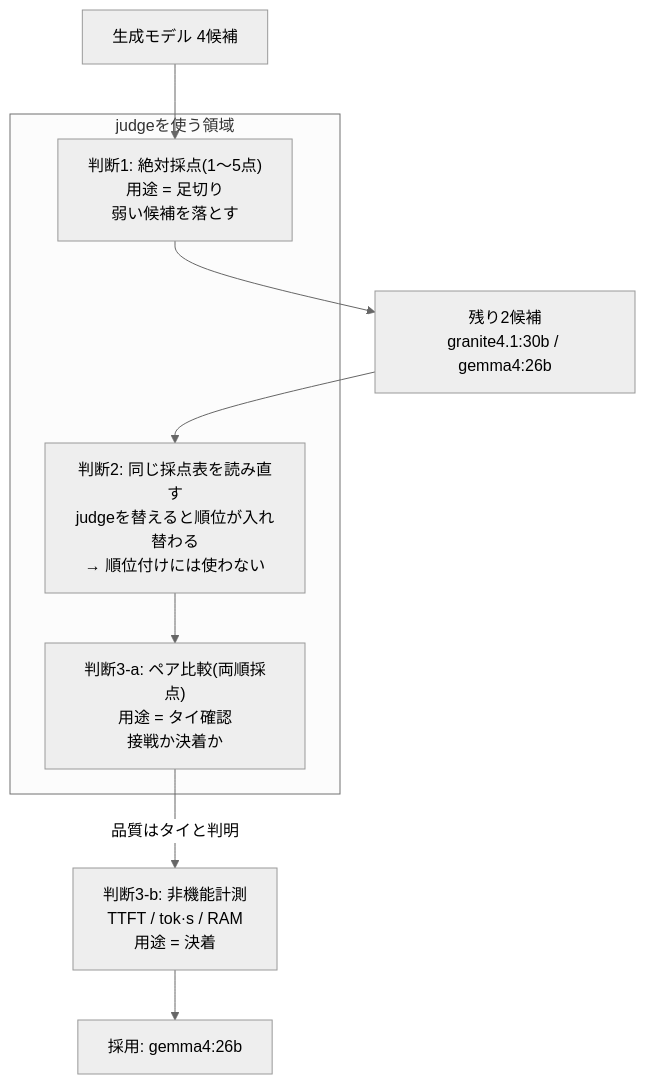
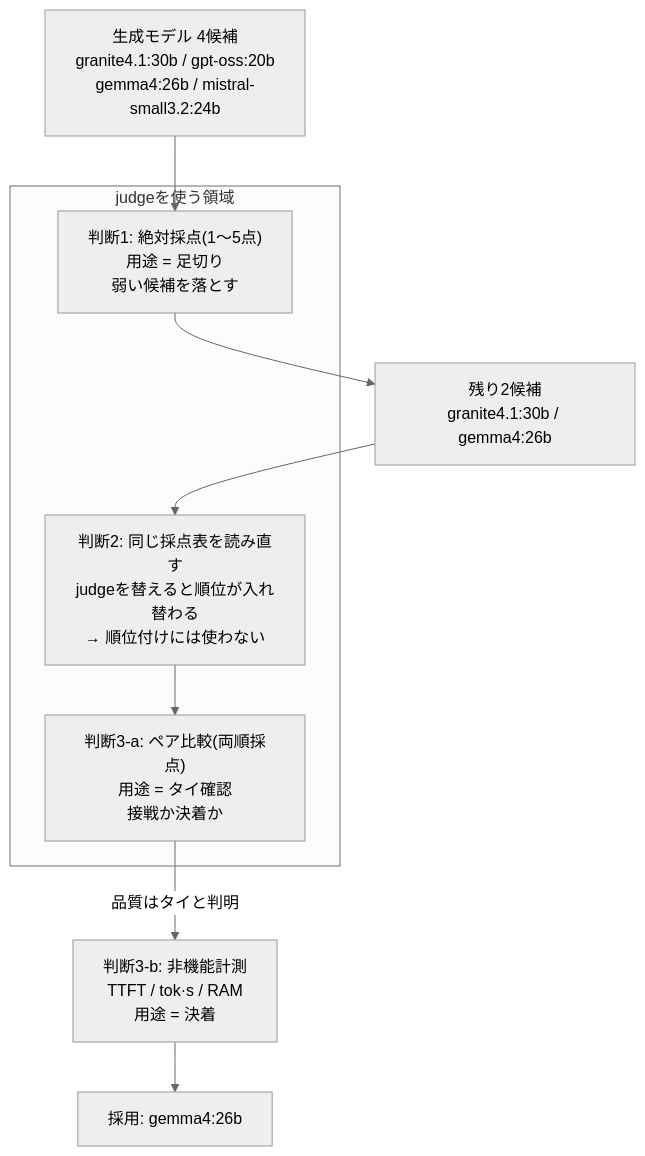
The diagram in articles/llm-as-judge-rag.md (yuya0408/zenn-content), drawn with Mermaid (neutral theme) before and after one commit. The commit also changed other lines of this file, not shown here.

````diff
--- a/articles/llm-as-judge-rag.md
+++ b/articles/llm-as-judge-rag.md
@@ -17,13 +17,13 @@
 ```mermaid
 flowchart TD
-    A["生成モデル 4候補"]
+    A["生成モデル 4候補<br/>granite4.1:30b / gpt-oss:20b<br/>gemma4:26b / mistral-small3.2:24b"]
     subgraph J["judgeを使う領域"]
         B["判断1: 絶対採点(1〜5点)<br/>用途 = 足切り<br/>弱い候補を落とす"]
         E["判断2: 同じ採点表を読み直す<br/>judgeを替えると順位が入れ替わる<br/>→ 順位付けには使わない"]
         D["判断3-a: ペア比較(両順採点)<br/>用途 = タイ確認<br/>接戦か決着か"]
     end
     F["判断3-b: 非機能計測<br/>TTFT / tok·s / RAM<br/>用途 = 決着"]
     A --> B --> C["残り2候補<br/>granite4.1:30b / gemma4:26b"] --> E --> D
     D -->|"品質はタイと判明"| F
     F --> G["採用: gemma4:26b"]
 ```
````
